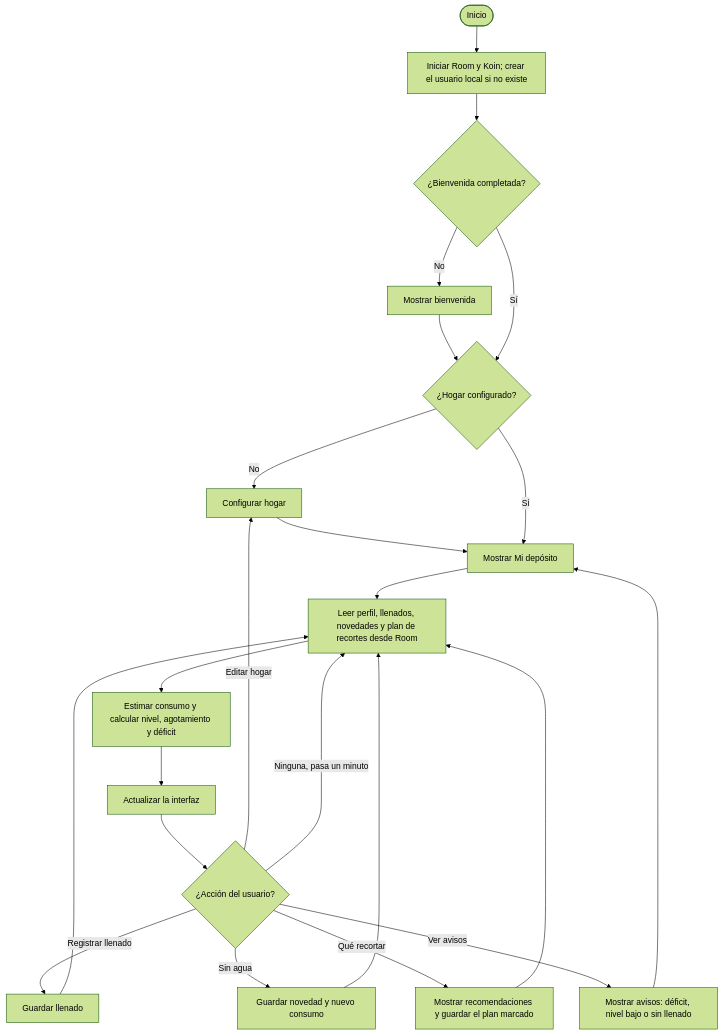
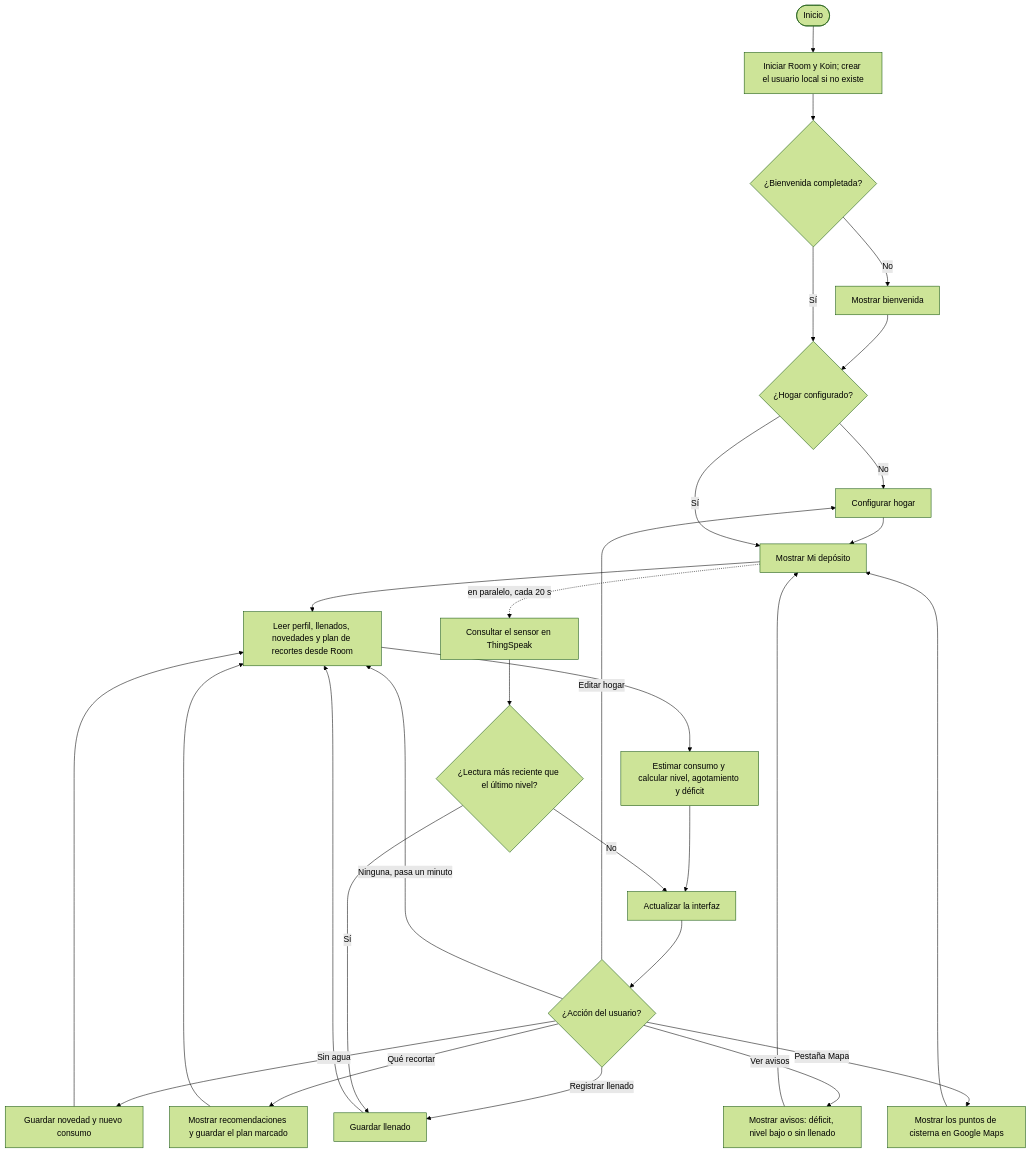
One commit to Cristhian465/Aguarda changed diagram 20 of 21 in informes/FD04-SAD.md. Above: the diagram before and after it, drawn with Mermaid (forest theme). The commit also changed other lines of this file and 5 other files, not shown here.

````diff
--- a/informes/FD04-SAD.md
+++ b/informes/FD04-SAD.md
@@ -677,25 +826,31 @@
 ```mermaid
 flowchart TD
     A([Inicio]) --> B[Iniciar Room y Koin; crear el usuario local si no existe]
     B --> C{¿Bienvenida completada?}
     C -- No --> D[Mostrar bienvenida]
     D --> E
     C -- Sí --> E{¿Hogar configurado?}
     E -- No --> F[Configurar hogar]
     F --> G
     E -- Sí --> G[Mostrar Mi depósito]
     G --> H[Leer perfil, llenados, novedades y plan de recortes desde Room]
     H --> I[Estimar consumo y calcular nivel, agotamiento y déficit]
     I --> J[Actualizar la interfaz]
     J --> K{¿Acción del usuario?}
     K -- Registrar llenado --> L[Guardar llenado]
     K -- Sin agua --> M[Guardar novedad y nuevo consumo]
     K -- Qué recortar --> N[Mostrar recomendaciones y guardar el plan marcado]
     K -- Ver avisos --> O[Mostrar avisos: déficit, nivel bajo o sin llenado]
+    K -- Pestaña Mapa --> P[Mostrar los puntos de cisterna en Google Maps]
     K -- Editar hogar --> F
     K -- Ninguna, pasa un minuto --> H
+    G -. en paralelo, cada 20 s .-> S1[Consultar el sensor en ThingSpeak]
+    S1 --> S2{¿Lectura más reciente que el último nivel?}
+    S2 -- Sí --> L
+    S2 -- No --> J
     L --> H
     M --> H
     N --> H
     O --> G
+    P --> G
 ```
````
